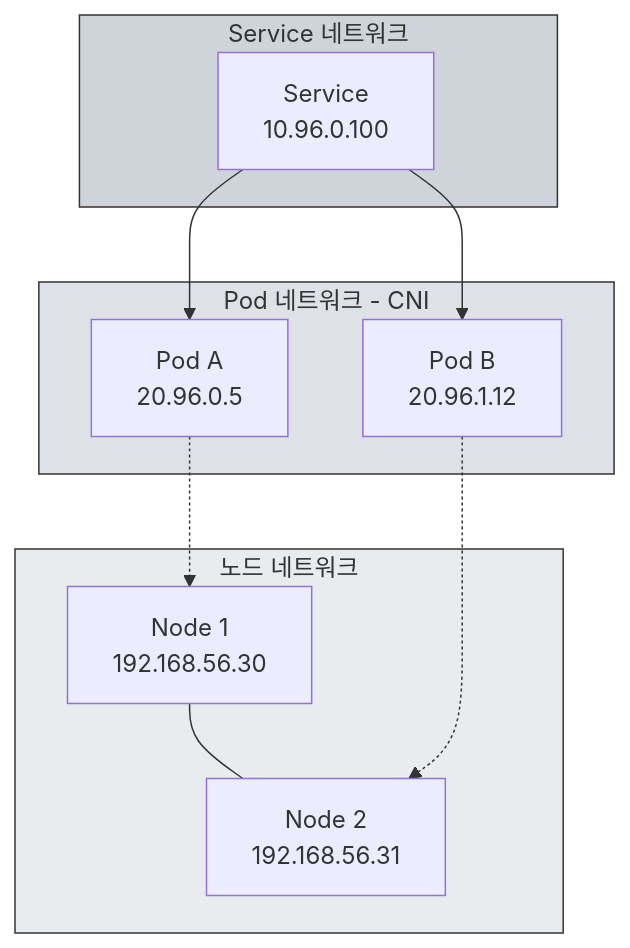
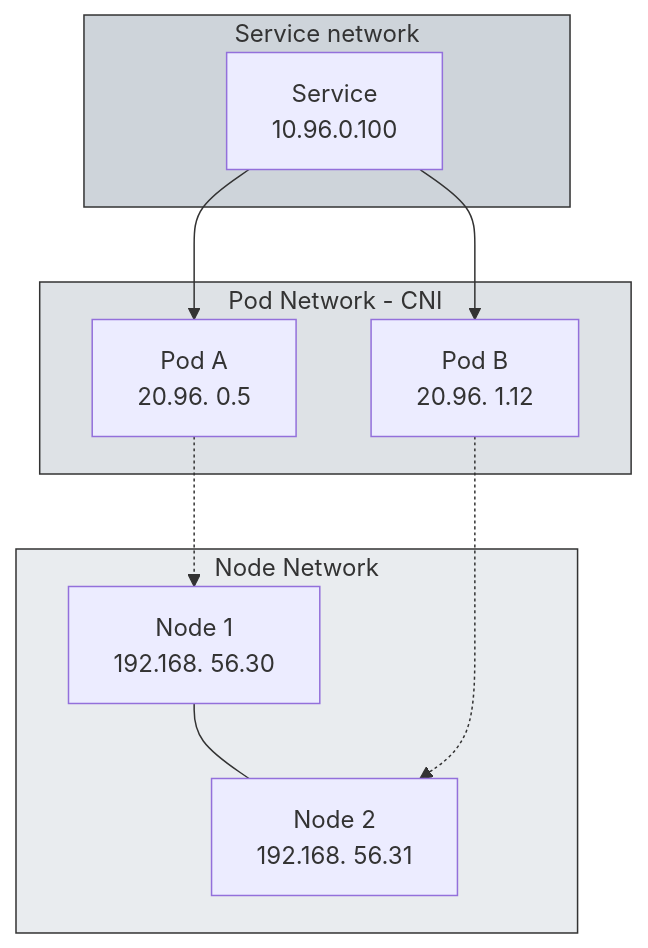
One commit to doxxx93/doxxx.dev changed the fourth of 9 diagrams in i18n/en/docusaurus-plugin-content-blog/blog/2026-01-05/the-weight-of-kubernetes-installation.md. Above: the diagram before and after it, drawn with Mermaid. The commit also changed other lines of this file and 6 other files, not shown here.

````diff
--- a/i18n/en/docusaurus-plugin-content-blog/blog/2026-01-05/the-weight-of-kubernetes-installation.md
+++ b/i18n/en/docusaurus-plugin-content-blog/blog/2026-01-05/the-weight-of-kubernetes-installation.md
@@ -131,26 +131,26 @@
 ```mermaid
 graph TB
-    subgraph L1["노드 네트워크"]
-        Node1["Node 1<br/>192.168.56.30"]
-        Node2["Node 2<br/>192.168.56.31"]
+    subgraph L1["Node Network"]
+        Node1["Node 1<br/>192.168. 56.30"]
+        Node2["Node 2<br/>192.168. 56.31"]
     end
 
-    subgraph L2["Pod 네트워크 - CNI"]
-        Pod1["Pod A<br/>20.96.0.5"]
-        Pod2["Pod B<br/>20.96.1.12"]
+    subgraph L2["Pod Network - CNI"]
+        Pod1["Pod A<br/>20.96. 0.5"]
+        Pod2["Pod B<br/>20.96. 1.12"]
     end
 
-    subgraph L3["Service 네트워크"]
+    subgraph L3["Service network"]
         Svc1["Service<br/>10.96.0.100"]
     end
 
     Node1 --- Node2
     Pod1 -.-> Node1
     Pod2 -.-> Node2
     Svc1 --> Pod1
     Svc1 --> Pod2
 
     style L1 fill:#e9ecef,stroke:#333
     style L2 fill:#dee2e6,stroke:#333
     style L3 fill:#ced4da,stroke:#333
 ```
````
